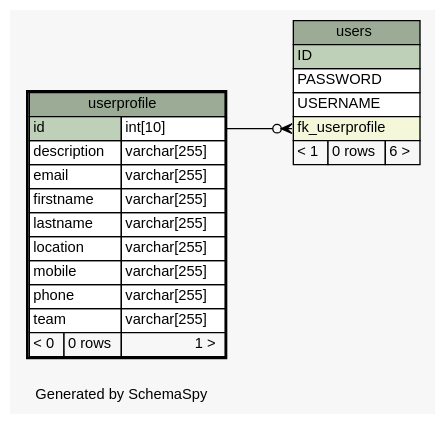
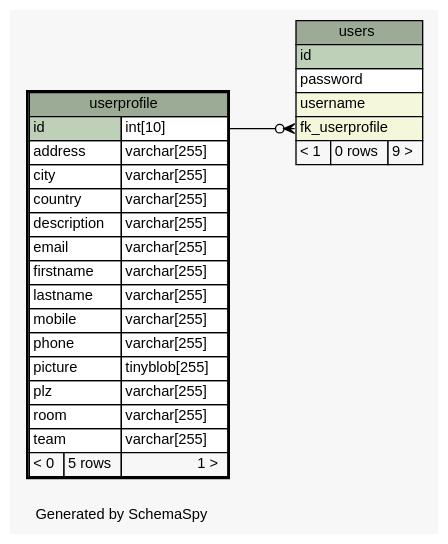
Before and after one commit to chr-krenn/chr-krenn-fhj-ws2017-sd17-pse: the diagram in doc/db_schema/diagrams/userprofile.1degree.dot, drawn with Graphviz. The commit also changed 68 other files, not shown here.

Commit message:
update database schema documentation

```diff
--- a/doc/db_schema/diagrams/userprofile.1degree.dot
+++ b/doc/db_schema/diagrams/userprofile.1degree.dot
@@ -1,54 +1,59 @@
 // dot 2.40.1 on Linux 4.12.5-300.fc26.x86_64
 // SchemaSpy rev 590
 digraph "oneDegreeRelationshipsDiagram" {
   graph [
     rankdir="RL"
     bgcolor="#f7f7f7"
     label="\nGenerated by SchemaSpy"
     labeljust="l"
     nodesep="0.18"
     ranksep="0.46"
     fontname="Helvetica"
     fontsize="11"
   ];
   node [
     fontname="Helvetica"
     fontsize="11"
     shape="plaintext"
   ];
   edge [
     arrowsize="0.8"
   ];
   "users":"fk_userprofile":w -> "userprofile":"id.type":e [arrowhead=none dir=back arrowtail=crowodot];
   "userprofile" [
     label=<
     <TABLE BORDER="2" CELLBORDER="1" CELLSPACING="0" BGCOLOR="#ffffff">
       <TR><TD COLSPAN="3" BGCOLOR="#9bab96" ALIGN="CENTER">userprofile</TD></TR>
       <TR><TD PORT="id" COLSPAN="2" BGCOLOR="#bed1b8" ALIGN="LEFT">id</TD><TD PORT="id.type" ALIGN="LEFT">int[10]</TD></TR>
+      <TR><TD PORT="address" COLSPAN="2" ALIGN="LEFT">address</TD><TD PORT="address.type" ALIGN="LEFT">varchar[255]</TD></TR>
+      <TR><TD PORT="city" COLSPAN="2" ALIGN="LEFT">city</TD><TD PORT="city.type" ALIGN="LEFT">varchar[255]</TD></TR>
+      <TR><TD PORT="country" COLSPAN="2" ALIGN="LEFT">country</TD><TD PORT="country.type" ALIGN="LEFT">varchar[255]</TD></TR>
       <TR><TD PORT="description" COLSPAN="2" ALIGN="LEFT">description</TD><TD PORT="description.type" ALIGN="LEFT">varchar[255]</TD></TR>
       <TR><TD PORT="email" COLSPAN="2" ALIGN="LEFT">email</TD><TD PORT="email.type" ALIGN="LEFT">varchar[255]</TD></TR>
       <TR><TD PORT="firstname" COLSPAN="2" ALIGN="LEFT">firstname</TD><TD PORT="firstname.type" ALIGN="LEFT">varchar[255]</TD></TR>
       <TR><TD PORT="lastname" COLSPAN="2" ALIGN="LEFT">lastname</TD><TD PORT="lastname.type" ALIGN="LEFT">varchar[255]</TD></TR>
-      <TR><TD PORT="location" COLSPAN="2" ALIGN="LEFT">location</TD><TD PORT="location.type" ALIGN="LEFT">varchar[255]</TD></TR>
       <TR><TD PORT="mobile" COLSPAN="2" ALIGN="LEFT">mobile</TD><TD PORT="mobile.type" ALIGN="LEFT">varchar[255]</TD></TR>
       <TR><TD PORT="phone" COLSPAN="2" ALIGN="LEFT">phone</TD><TD PORT="phone.type" ALIGN="LEFT">varchar[255]</TD></TR>
+      <TR><TD PORT="picture" COLSPAN="2" ALIGN="LEFT">picture</TD><TD PORT="picture.type" ALIGN="LEFT">tinyblob[255]</TD></TR>
+      <TR><TD PORT="plz" COLSPAN="2" ALIGN="LEFT">plz</TD><TD PORT="plz.type" ALIGN="LEFT">varchar[255]</TD></TR>
+      <TR><TD PORT="room" COLSPAN="2" ALIGN="LEFT">room</TD><TD PORT="room.type" ALIGN="LEFT">varchar[255]</TD></TR>
       <TR><TD PORT="team" COLSPAN="2" ALIGN="LEFT">team</TD><TD PORT="team.type" ALIGN="LEFT">varchar[255]</TD></TR>
-      <TR><TD ALIGN="LEFT" BGCOLOR="#f7f7f7">&lt; 0</TD><TD ALIGN="RIGHT" BGCOLOR="#f7f7f7">0 rows</TD><TD ALIGN="RIGHT" BGCOLOR="#f7f7f7">1 &gt;</TD></TR>
+      <TR><TD ALIGN="LEFT" BGCOLOR="#f7f7f7">&lt; 0</TD><TD ALIGN="RIGHT" BGCOLOR="#f7f7f7">5 rows</TD><TD ALIGN="RIGHT" BGCOLOR="#f7f7f7">1 &gt;</TD></TR>
     </TABLE>>
     URL="userprofile.html"
     tooltip="userprofile"
   ];
   "users" [
     label=<
     <TABLE BORDER="0" CELLBORDER="1" CELLSPACING="0" BGCOLOR="#ffffff">
       <TR><TD COLSPAN="3" BGCOLOR="#9bab96" ALIGN="CENTER">users</TD></TR>
-      <TR><TD PORT="ID" COLSPAN="3" BGCOLOR="#bed1b8" ALIGN="LEFT">ID</TD></TR>
-      <TR><TD PORT="PASSWORD" COLSPAN="3" ALIGN="LEFT">PASSWORD</TD></TR>
-      <TR><TD PORT="USERNAME" COLSPAN="3" ALIGN="LEFT">USERNAME</TD></TR>
+      <TR><TD PORT="id" COLSPAN="3" BGCOLOR="#bed1b8" ALIGN="LEFT">id</TD></TR>
+      <TR><TD PORT="password" COLSPAN="3" ALIGN="LEFT">password</TD></TR>
+      <TR><TD PORT="username" COLSPAN="3" BGCOLOR="#f4f7da" ALIGN="LEFT">username</TD></TR>
       <TR><TD PORT="fk_userprofile" COLSPAN="3" BGCOLOR="#f4f7da" ALIGN="LEFT">fk_userprofile</TD></TR>
-      <TR><TD ALIGN="LEFT" BGCOLOR="#f7f7f7">&lt; 1</TD><TD ALIGN="RIGHT" BGCOLOR="#f7f7f7">0 rows</TD><TD ALIGN="RIGHT" BGCOLOR="#f7f7f7">6 &gt;</TD></TR>
+      <TR><TD ALIGN="LEFT" BGCOLOR="#f7f7f7">&lt; 1</TD><TD ALIGN="RIGHT" BGCOLOR="#f7f7f7">0 rows</TD><TD ALIGN="RIGHT" BGCOLOR="#f7f7f7">9 &gt;</TD></TR>
     </TABLE>>
     URL="users.html"
     tooltip="users"
   ];
 }
```
